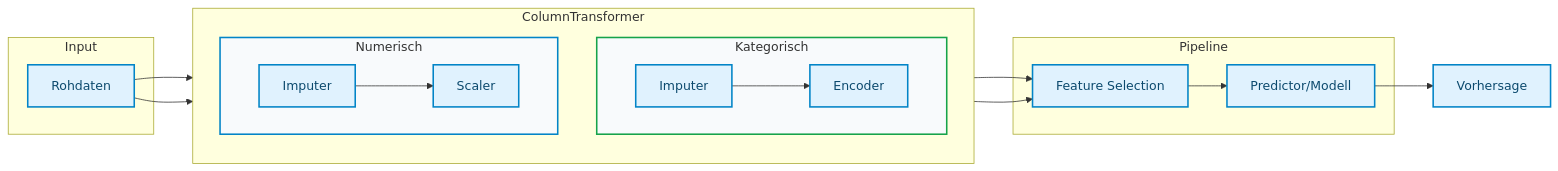
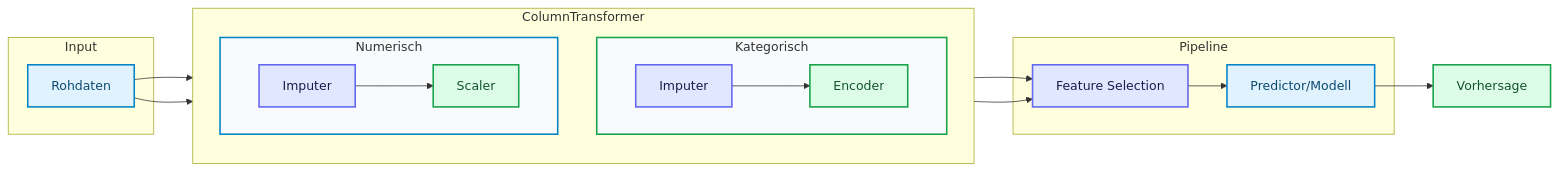
The second of 2 diagrams in docs/concepts/grundlagen/workflow-design.md (ralf-42/ML_Intro), drawn with Mermaid before and after one commit. The commit also changed 49 other files, not shown here.

````diff
--- a/docs/concepts/grundlagen/workflow-design.md
+++ b/docs/concepts/grundlagen/workflow-design.md
@@ -199,30 +199,36 @@
 ```mermaid
 flowchart LR
     subgraph Input
         D[Rohdaten]
     end
     
     subgraph ColumnTransformer
         direction TB
         subgraph cat[Kategorisch]
             I1[Imputer] --> E[Encoder]
         end
         subgraph num[Numerisch]
             I2[Imputer] --> S[Scaler]
         end
     end
     
     subgraph Pipeline
         FS[Feature Selection] --> M[Predictor/Modell]
     end
     
     D --> cat
     D --> num
     cat --> FS
     num --> FS
     M --> P[Vorhersage]
 
-    classDef default fill:#e0f2fe,stroke:#0284c7,stroke-width:2px,color:#0c4a6e;
     style cat fill:#f8fafc,stroke:#16a34a,stroke-width:2px
     style num fill:#f8fafc,stroke:#0284c7,stroke-width:2px
+
+    classDef default fill:#e0f2fe,stroke:#0284c7,stroke-width:2px,color:#0c4a6e;
+    classDef input fill:#e0e7ff,stroke:#6366f1,stroke-width:2px,color:#1e1b4b;
+    classDef output fill:#dcfce7,stroke:#16a34a,stroke-width:2px,color:#14532d;
+
+    class I1,I2,FS input;
+    class E,S,P output;
 ```
````
